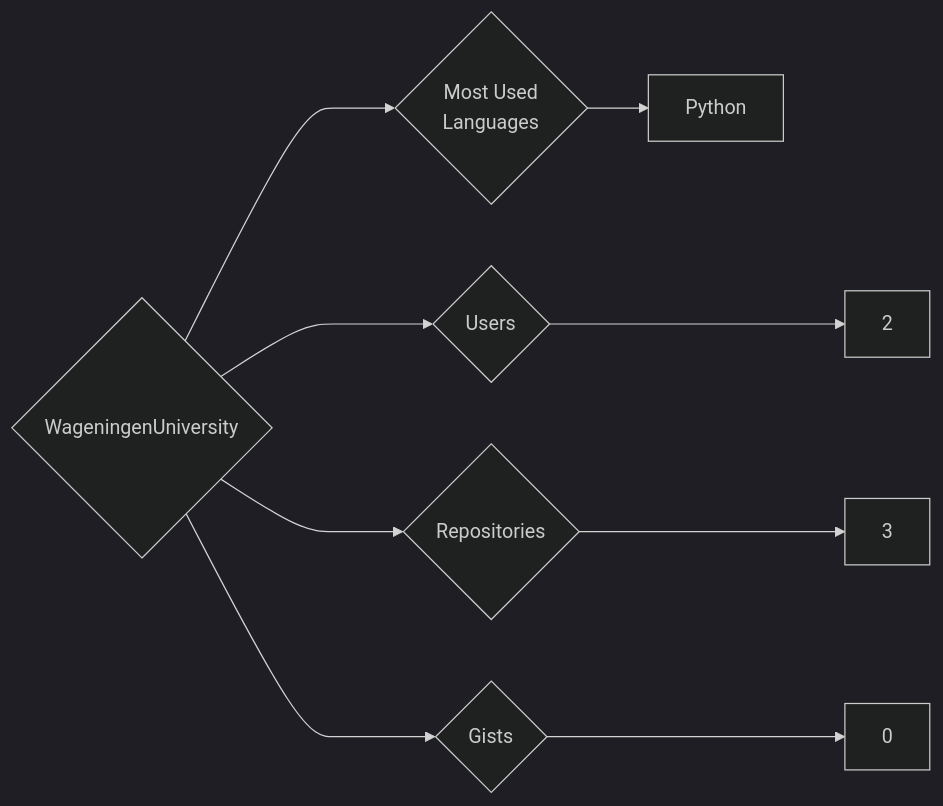
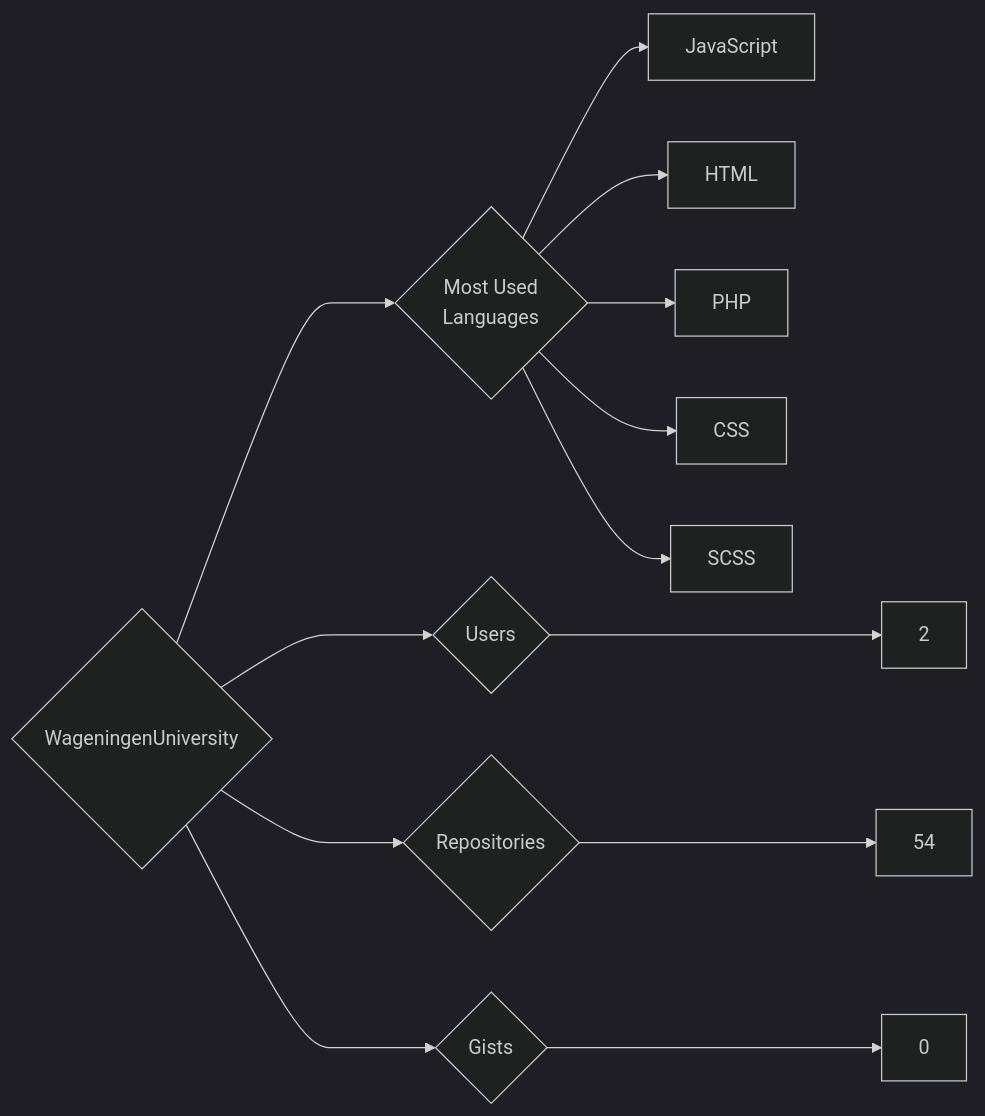
The diagram in targets/WageningenUniversity/README.md (trickest/insiders), drawn with Mermaid (dark theme) before and after one commit. The commit also changed 1508 other files, not shown here.

````diff
--- a/targets/WageningenUniversity/README.md
+++ b/targets/WageningenUniversity/README.md
@@ -3,9 +3,13 @@
 ```mermaid
 graph LR
 COMPANY_NAME{WageningenUniversity}
 COMPANY_NAME ---> U{Users} ---> UN[2]
-COMPANY_NAME ---> R{Repositories} ---> RN[3]
+COMPANY_NAME ---> R{Repositories} ---> RN[54]
 COMPANY_NAME ---> G{Gists} ---> GN[0]
 COMPANY_NAME ---> ML{Most Used<br>Languages}
-ML --> Python[Python]
+ML --> JavaScript[JavaScript]
+ML --> HTML[HTML]
+ML --> PHP[PHP]
+ML --> CSS[CSS]
+ML --> SCSS[SCSS]
 ```
````
